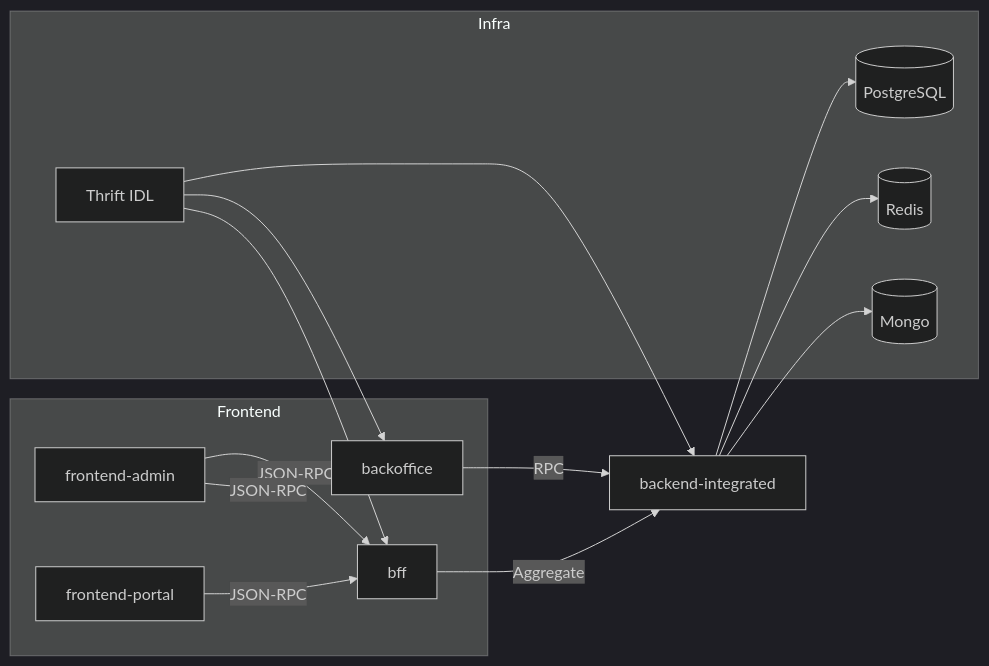
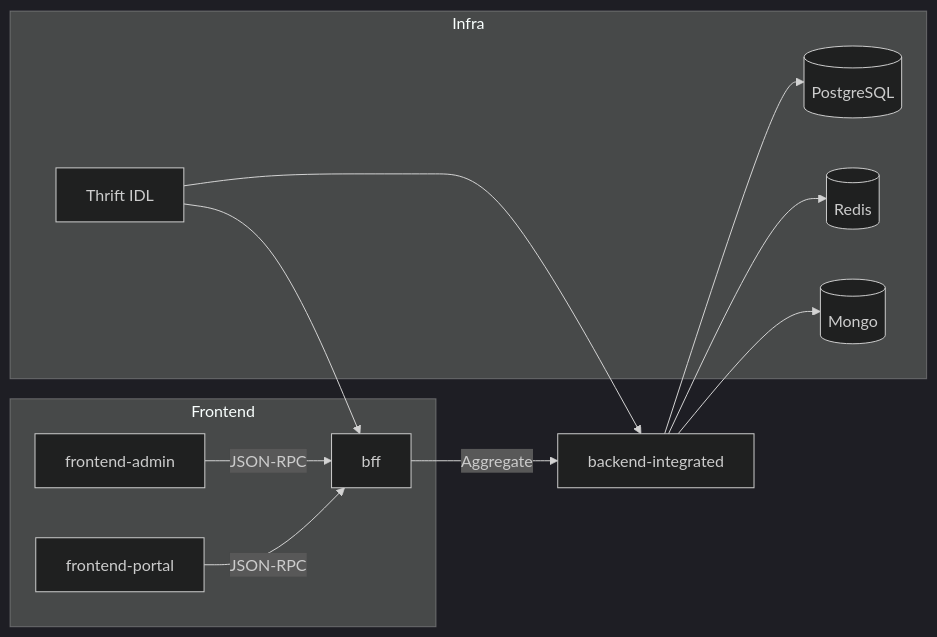
The diagram in docs/src/架构设计/00-架构设计-draft.md (LZStarV/CSISP), drawn with Mermaid (dark theme) before and after one commit. The commit also changed other lines of this file and 136 other files, not shown here.

````diff
--- a/docs/src/架构设计/00-架构设计-draft.md
+++ b/docs/src/架构设计/00-架构设计-draft.md
@@ -32,25 +32,22 @@
 ```mermaid
 flowchart LR
     subgraph Frontend
       Admin[frontend-admin] -->|JSON-RPC| BFF[bff]
       Portal[frontend-portal] -->|JSON-RPC| BFF
-      Admin -->|JSON-RPC| Backoffice[backoffice]
     end
 
     BFF -->|Aggregate| Backend[backend-integrated]
-    Backoffice -->|RPC| Backend
 
     subgraph Infra
       PG[(PostgreSQL)]
       RD[(Redis)]
       MG[(Mongo)]
       IDL[Thrift IDL]
     end
 
     Backend --> PG
     Backend --> RD
     Backend --> MG
     IDL --> Backend
-    IDL --> Backoffice
     IDL --> BFF
 ```
````
